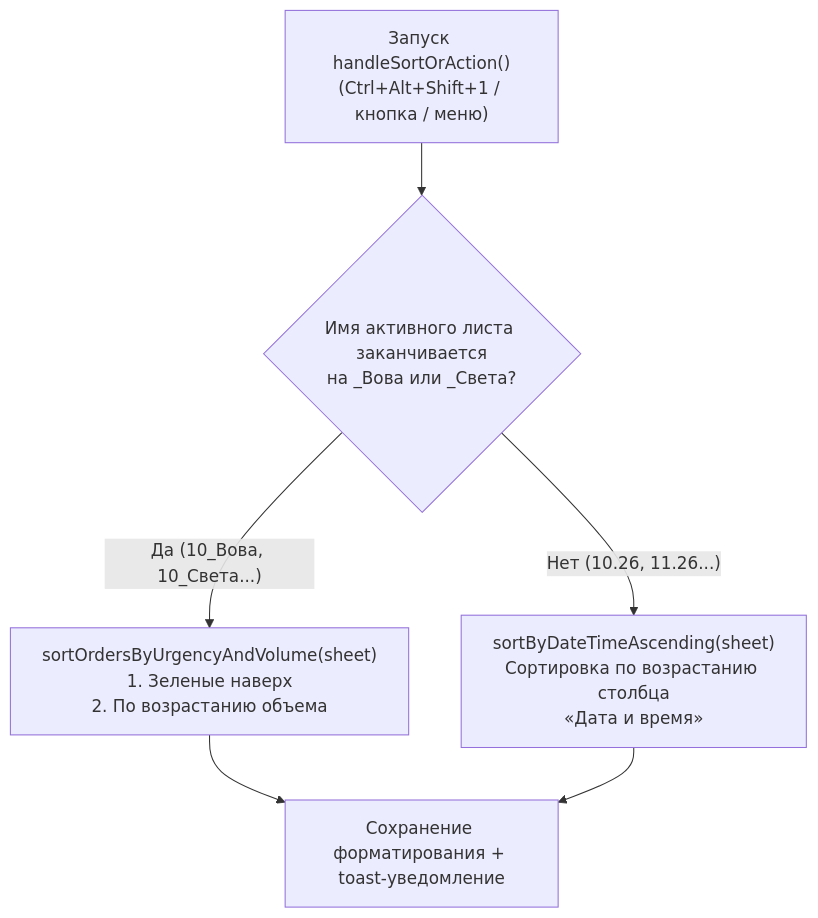
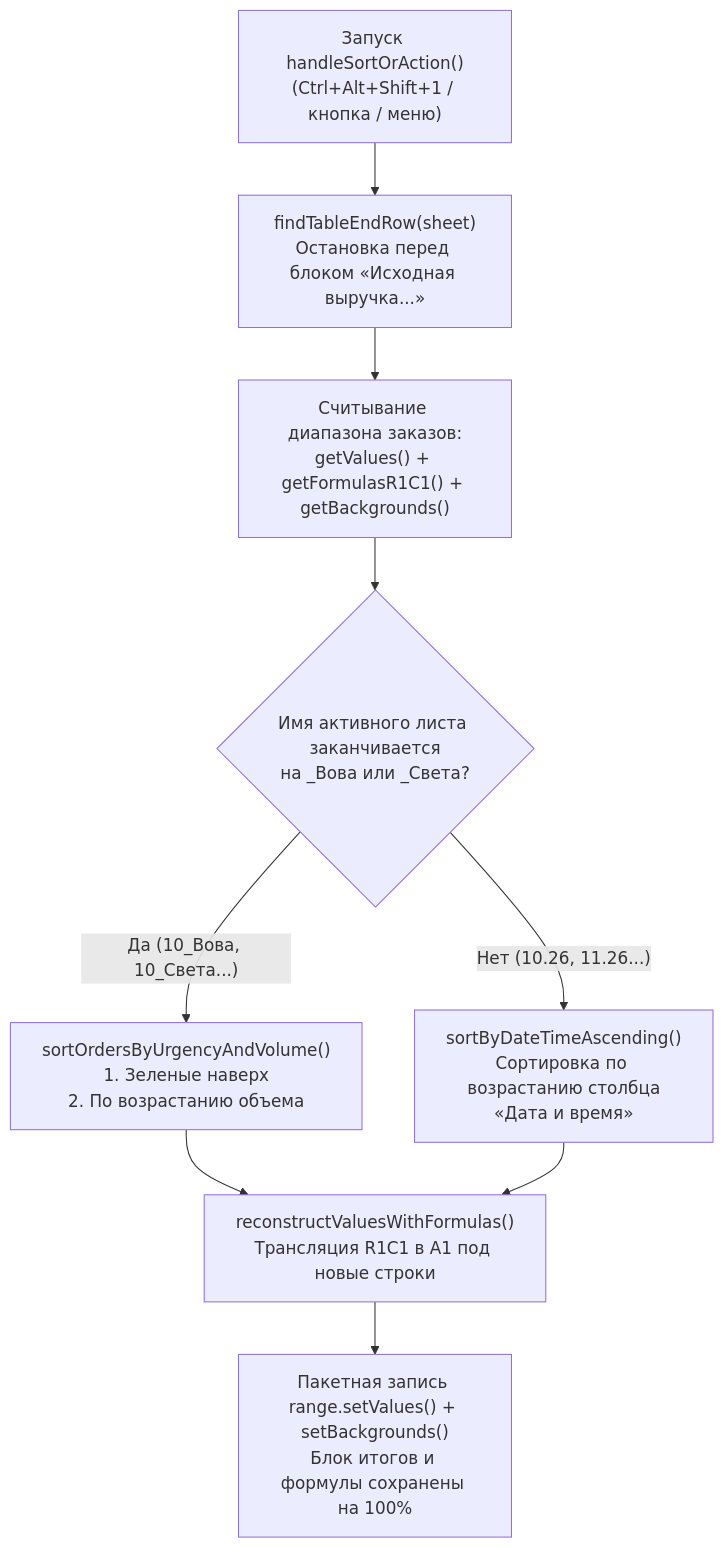
One commit to Tradukinto/google-sheets-scripts changed the diagram in order-sorting/README.md. Above: the diagram before and after it, drawn with Mermaid. The commit also changed other lines of this file and 1 other file, not shown here.

Commit message:
feat(order-sorting): preserve formulas via R1C1 and isolate summary table from sorting

````diff
--- a/order-sorting/README.md
+++ b/order-sorting/README.md
@@ -43,8 +44,11 @@
 ```mermaid
 flowchart TD
-    Start["Запуск handleSortOrAction()<br>(Ctrl+Alt+Shift+1 / кнопка / меню)"] --> Check{"Имя активного листа заканчивается<br>на _Вова или _Света?"}
-    Check -- "Да (10_Вова, 10_Света...)" --> Mode1["sortOrdersByUrgencyAndVolume(sheet)<br>1. Зеленые наверх<br>2. По возрастанию объема"]
-    Check -- "Нет (10.26, 11.26...)" --> Mode2["sortByDateTimeAscending(sheet)<br>Сортировка по возрастанию столбца<br>«Дата и время»"]
-    Mode1 --> Finish["Сохранение форматирования + toast-уведомление"]
-    Mode2 --> Finish
+    Start["Запуск handleSortOrAction()<br>(Ctrl+Alt+Shift+1 / кнопка / меню)"] --> FindLimit["findTableEndRow(sheet)<br>Остановка перед блоком «Исходная выручка...»"]
+    FindLimit --> ReadData["Считывание диапазона заказов:<br>getValues() + getFormulasR1C1() + getBackgrounds()"]
+    ReadData --> Check{"Имя активного листа заканчивается<br>на _Вова или _Света?"}
+    Check -- "Да (10_Вова, 10_Света...)" --> Mode1["sortOrdersByUrgencyAndVolume()<br>1. Зеленые наверх<br>2. По возрастанию объема"]
+    Check -- "Нет (10.26, 11.26...)" --> Mode2["sortByDateTimeAscending()<br>Сортировка по возрастанию столбца<br>«Дата и время»"]
+    Mode1 --> Reconstruct["reconstructValuesWithFormulas()<br>Трансляция R1C1 в A1 под новые строки"]
+    Mode2 --> Reconstruct
+    Reconstruct --> Write["Пакетная запись range.setValues() + setBackgrounds()<br>Блок итогов и формулы сохранены на 100%"]
 ```
````
